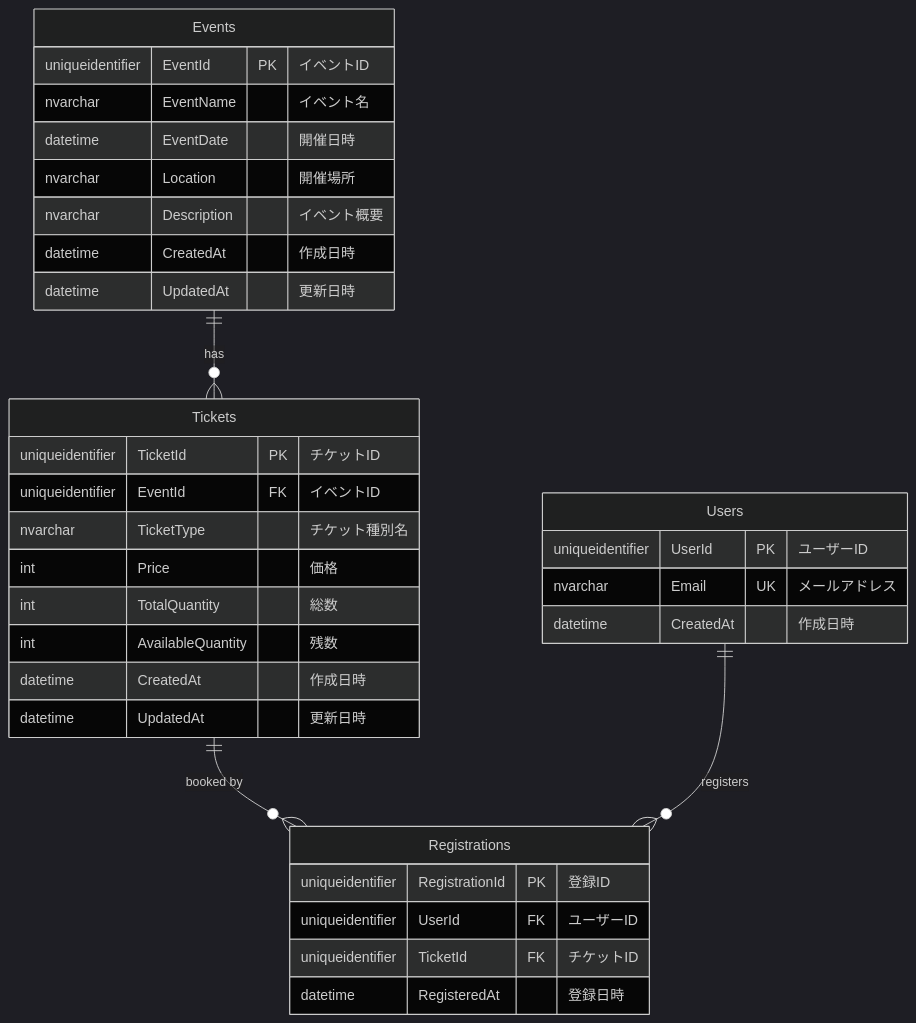
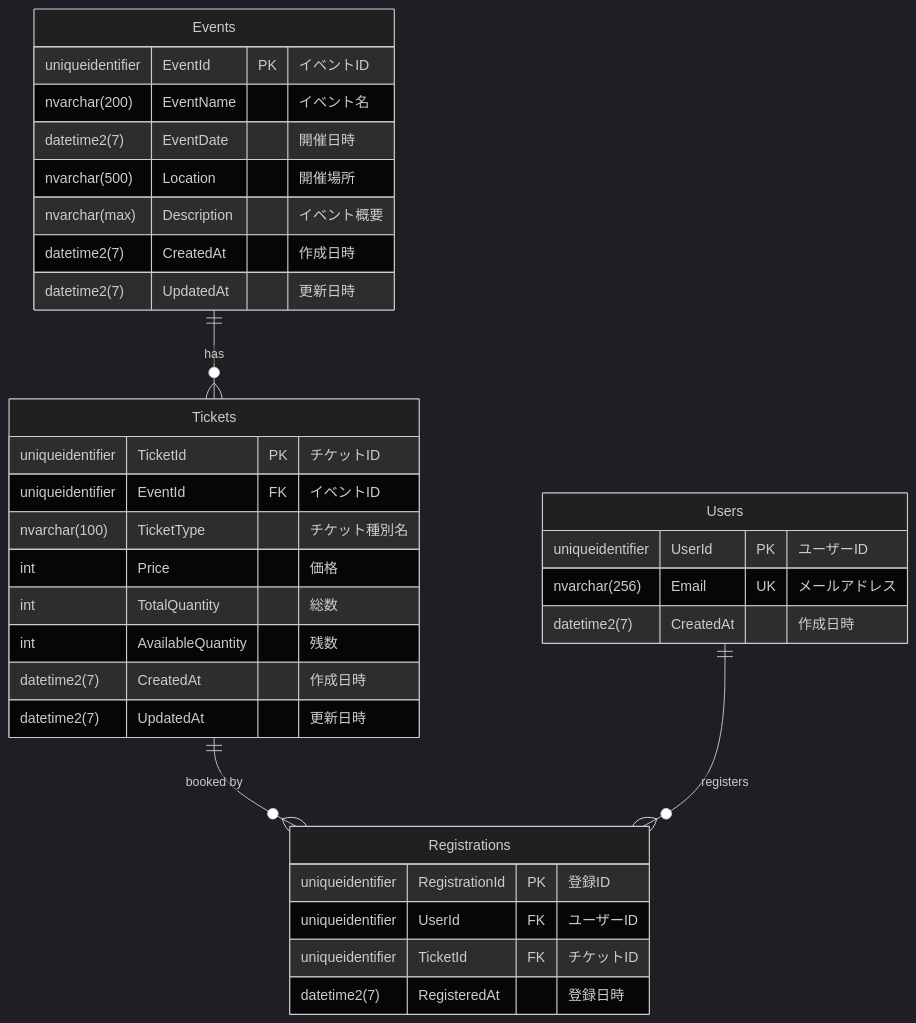
Before and after one commit to kazakht/event-registration-system: the diagram in docs/er-diagram.md, drawn with Mermaid (dark theme).

Commit message:
Align ER diagram type specifications with table definition

````diff
--- a/docs/er-diagram.md
+++ b/docs/er-diagram.md
@@ -5,40 +5,40 @@
 ```mermaid
 erDiagram
     Events ||--o{ Tickets : "has"
     Tickets ||--o{ Registrations : "booked by"
     Users ||--o{ Registrations : "registers"
 
     Events {
         uniqueidentifier EventId PK "イベントID"
-        nvarchar EventName "イベント名"
-        datetime EventDate "開催日時"
-        nvarchar Location "開催場所"
-        nvarchar Description "イベント概要"
-        datetime CreatedAt "作成日時"
-        datetime UpdatedAt "更新日時"
+        nvarchar(200) EventName "イベント名"
+        datetime2(7) EventDate "開催日時"
+        nvarchar(500) Location "開催場所"
+        nvarchar(max) Description "イベント概要"
+        datetime2(7) CreatedAt "作成日時"
+        datetime2(7) UpdatedAt "更新日時"
     }
 
     Tickets {
         uniqueidentifier TicketId PK "チケットID"
         uniqueidentifier EventId FK "イベントID"
-        nvarchar TicketType "チケット種別名"
+        nvarchar(100) TicketType "チケット種別名"
         int Price "価格"
         int TotalQuantity "総数"
         int AvailableQuantity "残数"
-        datetime CreatedAt "作成日時"
-        datetime UpdatedAt "更新日時"
+        datetime2(7) CreatedAt "作成日時"
+        datetime2(7) UpdatedAt "更新日時"
     }
 
     Users {
         uniqueidentifier UserId PK "ユーザーID"
-        nvarchar Email UK "メールアドレス"
-        datetime CreatedAt "作成日時"
+        nvarchar(256) Email UK "メールアドレス"
+        datetime2(7) CreatedAt "作成日時"
     }
 
     Registrations {
         uniqueidentifier RegistrationId PK "登録ID"
         uniqueidentifier UserId FK "ユーザーID"
         uniqueidentifier TicketId FK "チケットID"
-        datetime RegisteredAt "登録日時"
+        datetime2(7) RegisteredAt "登録日時"
     }
 ```
````
